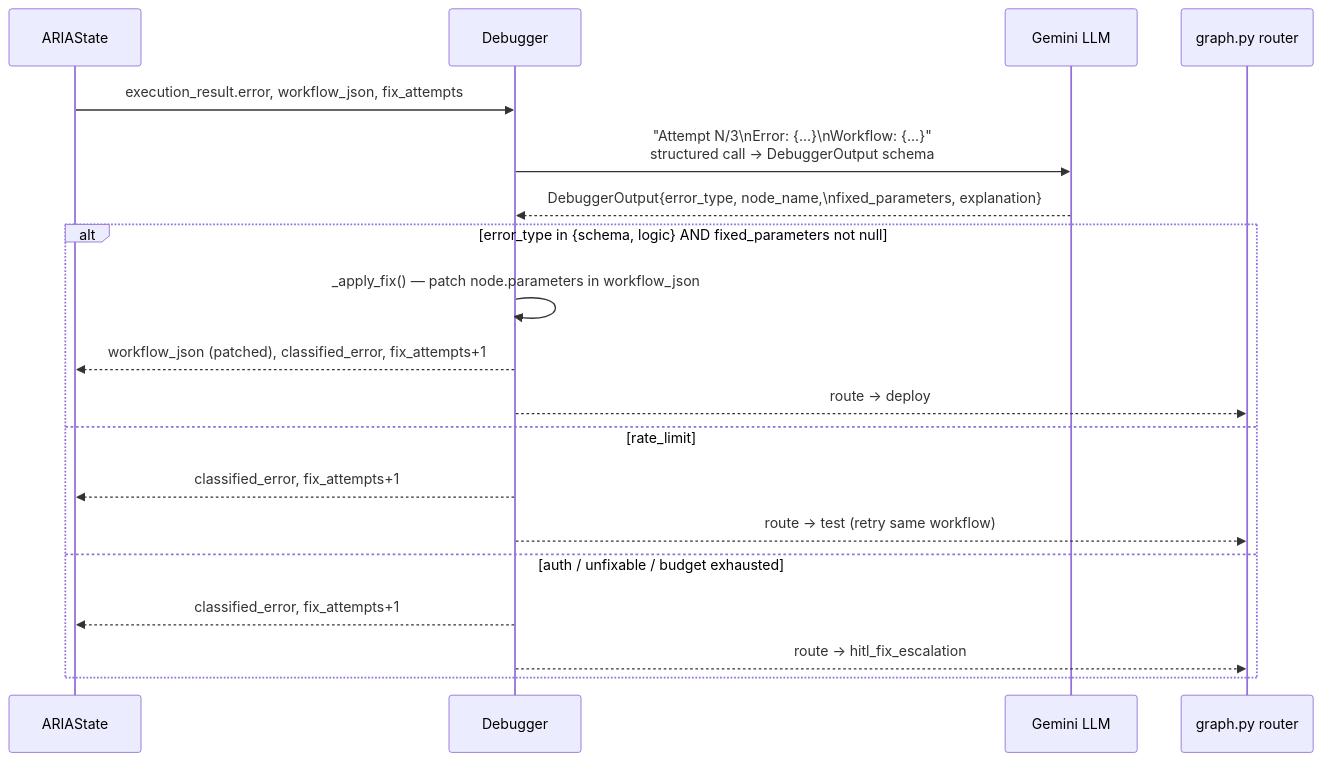
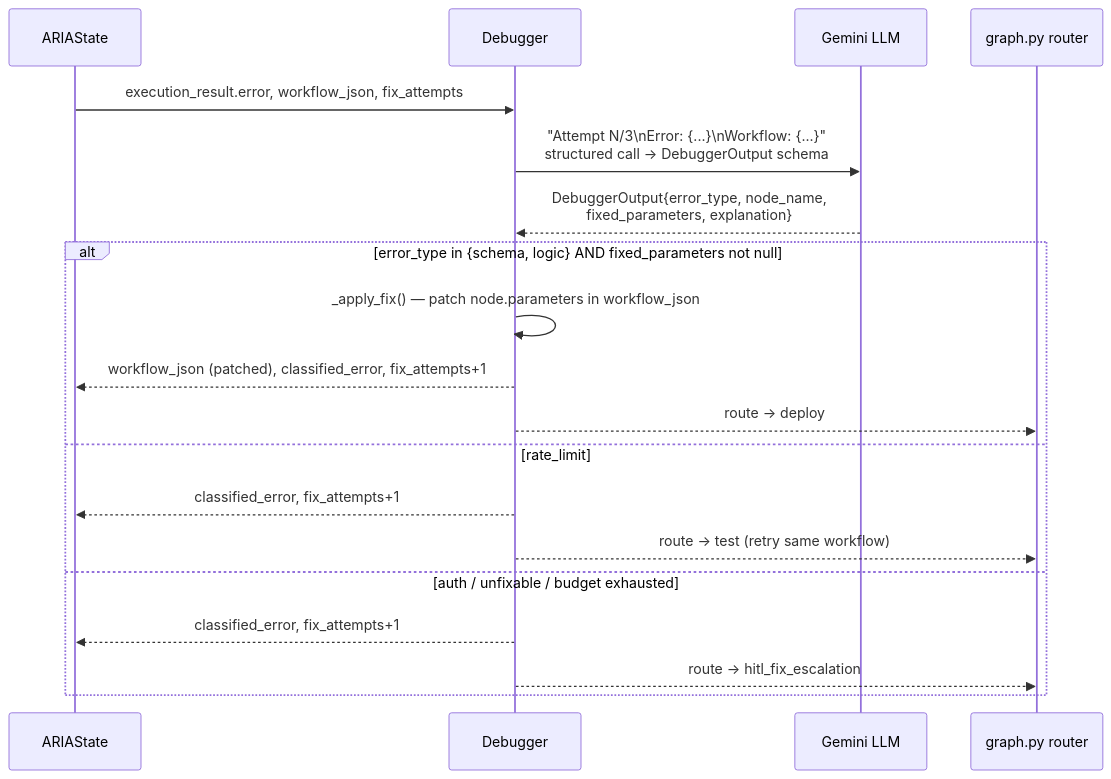
The fifth of 7 diagrams in src/agentic_system/build_cycle/README.md (h19overflow/ARIA), drawn with Mermaid before and after one commit. The commit also changed other lines of this file and 4 other files, not shown here.

````diff
--- a/src/agentic_system/build_cycle/README.md
+++ b/src/agentic_system/build_cycle/README.md
@@ -198,22 +230,22 @@
 ```mermaid
 sequenceDiagram
     participant S as ARIAState
     participant DB as Debugger
     participant LLM as Gemini LLM
     participant G as graph.py router
 
     S->>DB: execution_result.error, workflow_json, fix_attempts
     DB->>LLM: "Attempt N/3\nError: {...}\nWorkflow: {...}"<br/>structured call → DebuggerOutput schema
-    LLM-->>DB: DebuggerOutput{error_type, node_name,\nfixed_parameters, explanation}
+    LLM-->>DB: DebuggerOutput{error_type, node_name,<br/>fixed_parameters, explanation}
     alt error_type in {schema, logic} AND fixed_parameters not null
         DB->>DB: _apply_fix() — patch node.parameters in workflow_json
         DB-->>S: workflow_json (patched), classified_error, fix_attempts+1
         DB-->>G: route → deploy
     else rate_limit
         DB-->>S: classified_error, fix_attempts+1
         DB-->>G: route → test (retry same workflow)
     else auth / unfixable / budget exhausted
         DB-->>S: classified_error, fix_attempts+1
         DB-->>G: route → hitl_fix_escalation
     end
 ```
````
